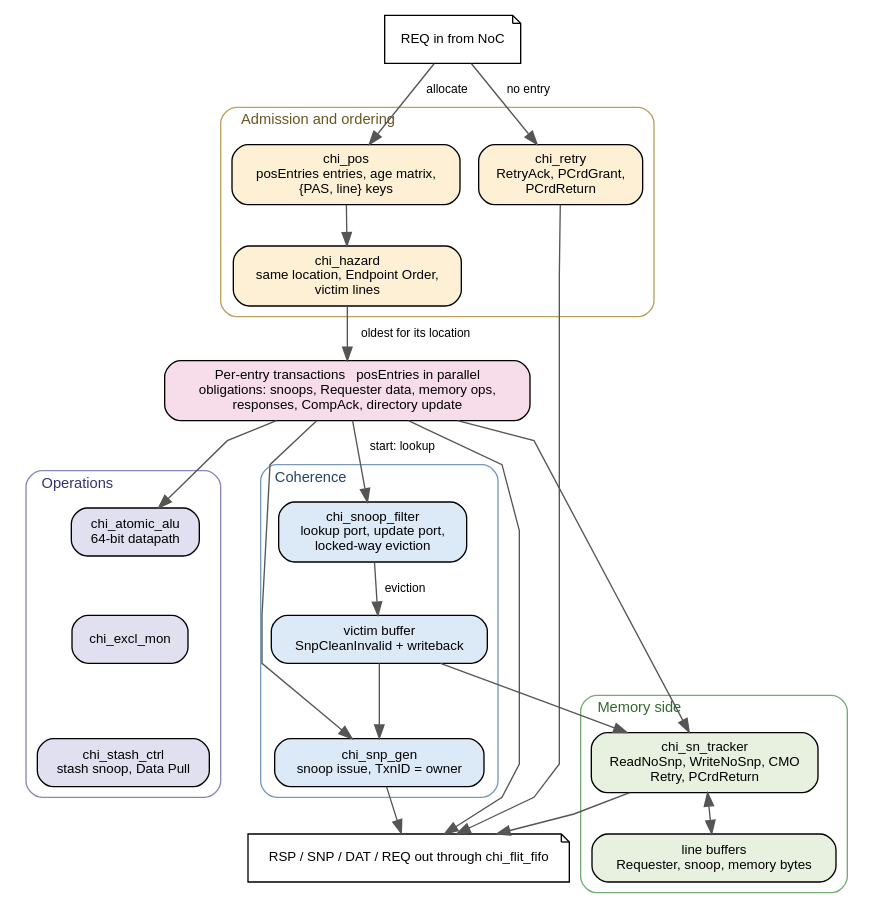
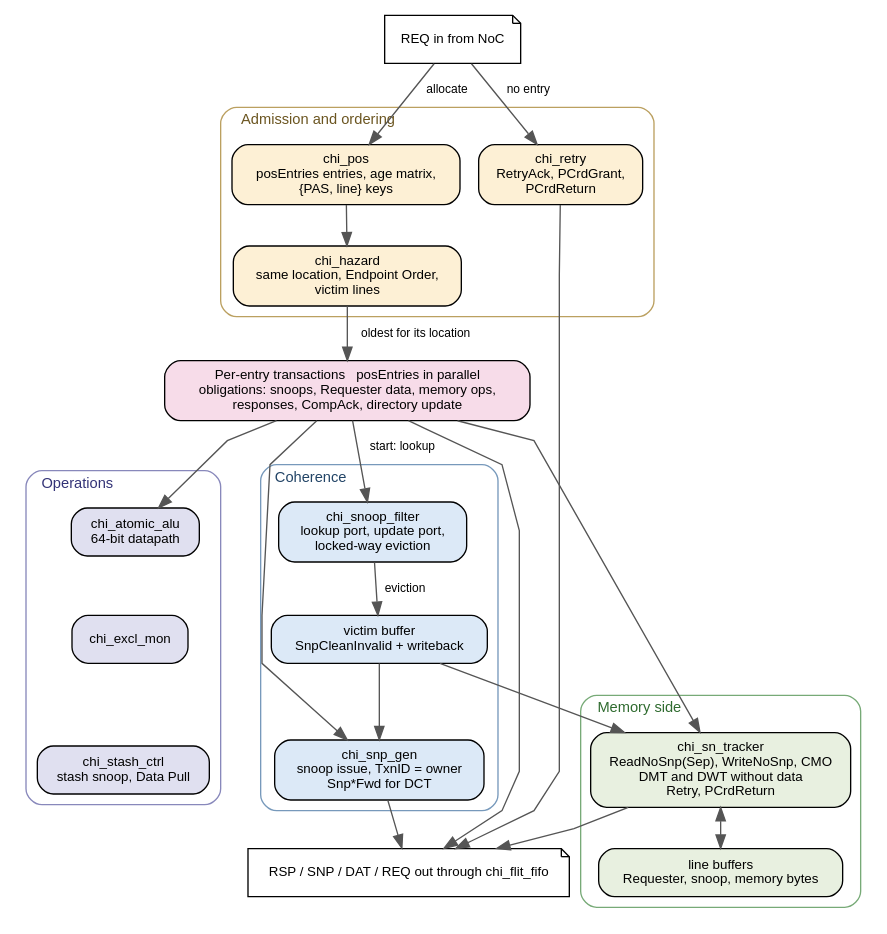
The diagram in doc-src/figures/chi_hnf.dot (Swasthikkamath/chi_rtl), drawn with Graphviz before and after one commit. The commit also changed 11 other files, not shown here.

```diff
--- a/doc-src/figures/chi_hnf.dot
+++ b/doc-src/figures/chi_hnf.dot
@@ -1,76 +1,76 @@
 // Internal architecture of the coherent Home Node, chi_hnf_top.
 // Rendered by the doc target; see Makefile.
 //
 // Laid out top to bottom so the figure fits a portrait page: a request is
 // admitted or retried, allocated a POS entry, held by the hazard check until
 // it is the oldest transaction for its location, started against the
 // directory, and then runs its own obligations through the shared engines.
 digraph chiHnf {
   rankdir=TB;
   splines=polyline;
   nodesep=0.2;
   ranksep=0.42;
   bgcolor="white";
   node [shape=box, style="rounded,filled", fillcolor="#f5f5f5",
         fontname="Helvetica", fontsize=10, margin="0.14,0.08"];
   edge [fontname="Helvetica", fontsize=9, color="#555555"];
   graph [fontname="Helvetica", fontsize=11, labeljust="l"];
 
   req [label="REQ in from NoC", shape=note, fillcolor="#ffffff"];
 
   subgraph cluster_admit {
     label="Admission and ordering";
     style="rounded"; color="#bba060"; fontcolor="#6b5520";
     retry  [label="chi_retry\nRetryAck, PCrdGrant,\nPCrdReturn", fillcolor="#fdf0d5"];
     pos    [label="chi_pos\nposEntries entries, age matrix,\n{PAS, line} keys", fillcolor="#fdf0d5"];
     hazard [label="chi_hazard\nsame location, Endpoint Order,\nvictim lines", fillcolor="#fdf0d5"];
   }
 
   entries [label="Per-entry transactions   posEntries in parallel\nobligations: snoops, Requester data, memory ops,\nresponses, CompAck, directory update",
     fillcolor="#f7dce9", width=3.8];
 
   subgraph cluster_coh {
     label="Coherence";
     style="rounded"; color="#7799bb"; fontcolor="#224466";
     sf     [label="chi_snoop_filter\nlookup port, update port,\nlocked-way eviction", fillcolor="#dce9f7"];
-    snpgen [label="chi_snp_gen\nsnoop issue, TxnID = owner", fillcolor="#dce9f7"];
+    snpgen [label="chi_snp_gen\nsnoop issue, TxnID = owner\nSnp*Fwd for DCT", fillcolor="#dce9f7"];
     vb     [label="victim buffer\nSnpCleanInvalid + writeback", fillcolor="#dce9f7"];
   }
 
   subgraph cluster_mem {
     label="Memory side";
     style="rounded"; color="#77aa77"; fontcolor="#2f6b2f";
-    tracker [label="chi_sn_tracker\nReadNoSnp, WriteNoSnp, CMO\nRetry, PCrdReturn", fillcolor="#e8f0e0"];
+    tracker [label="chi_sn_tracker\nReadNoSnp(Sep), WriteNoSnp, CMO\nDMT and DWT without data\nRetry, PCrdReturn", fillcolor="#e8f0e0"];
     buf     [label="line buffers\nRequester, snoop, memory bytes", fillcolor="#e8f0e0"];
   }
 
   subgraph cluster_ops {
     label="Operations";
     style="rounded"; color="#8888bb"; fontcolor="#333377";
     alu   [label="chi_atomic_alu\n64-bit datapath", fillcolor="#e0e0f0"];
     excl  [label="chi_excl_mon", fillcolor="#e0e0f0"];
     stash [label="chi_stash_ctrl\nstash snoop, Data Pull", fillcolor="#e0e0f0"];
   }
 
   out [label="RSP / SNP / DAT / REQ out through chi_flit_fifo",
     shape=note, fillcolor="#ffffff"];
 
   req -> pos   [label="  allocate"];
   req -> retry [label="  no entry"];
   pos -> hazard;
   hazard -> entries [label="  oldest for its location"];
 
   entries -> sf [label="  start: lookup"];
   entries -> snpgen;
   sf -> vb [label="  eviction"];
   vb -> snpgen;
   entries -> tracker;
   vb -> tracker;
   tracker -> buf [dir=both];
   entries -> alu; alu -> excl [style=invis]; excl -> stash [style=invis];
 
   snpgen -> out;
   tracker -> out;
   entries -> out;
   retry -> out;
 }
```
